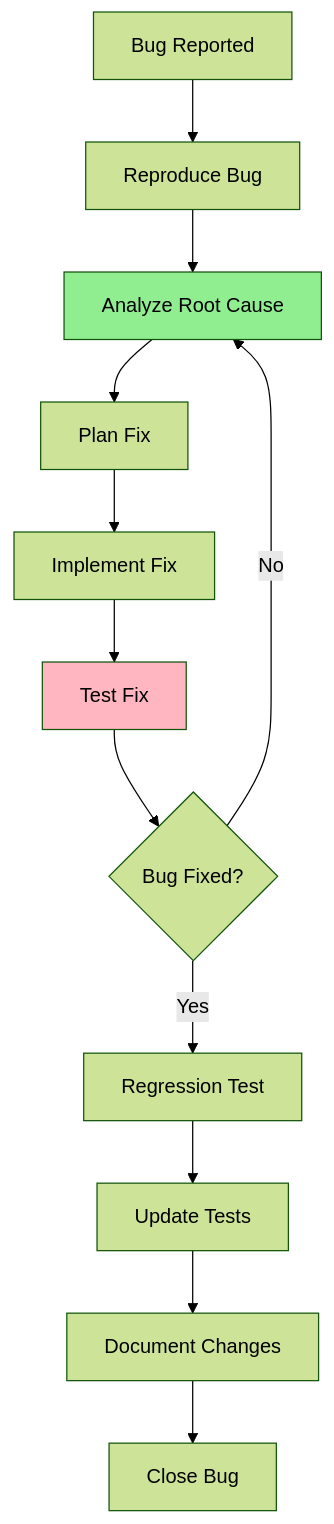
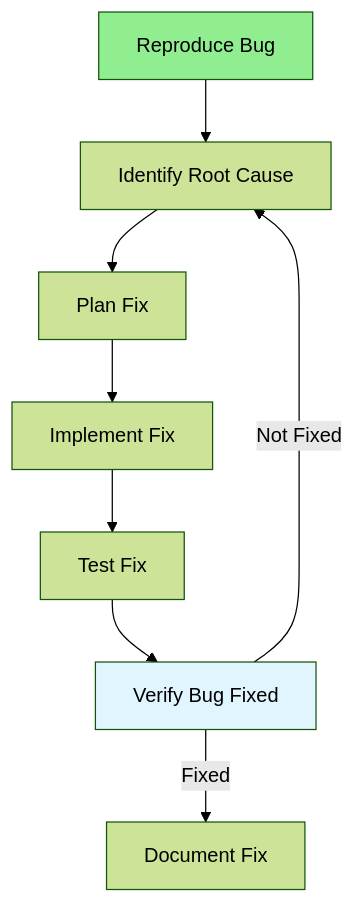
One commit to iouthnamain/tech-note changed the diagram in Full-Stack-Guides/Group-07-Unit-Test-Debug/07.12_Bug_Fixing.md. Above: the diagram before and after it, drawn with Mermaid (forest theme). The commit also changed other lines of this file and 480 other files, not shown here.

````diff
--- a/Full-Stack-Guides/Group-07-Unit-Test-Debug/07.12_Bug_Fixing.md
+++ b/Full-Stack-Guides/Group-07-Unit-Test-Debug/07.12_Bug_Fixing.md
@@ -22,17 +22,13 @@
 ```mermaid
 flowchart TD
-    Bug[Bug Reported] --> Reproduce[Reproduce Bug]
-    Reproduce --> Analyze[Analyze Root Cause]
-    Analyze --> Plan[Plan Fix]
+    Reproduce[Reproduce Bug] --> Identify[Identify Root Cause]
+    Identify --> Plan[Plan Fix]
     Plan --> Implement[Implement Fix]
     Implement --> Test[Test Fix]
-    Test --> Works{Bug Fixed?}
-    Works -->|No| Analyze
-    Works -->|Yes| Regression[Regression Test]
-    Regression --> Update[Update Tests]
-    Update --> Document[Document Changes]
-    Document --> Close[Close Bug]
+    Test --> Verify[Verify Bug Fixed]
+    Verify -->|Not Fixed| Identify
+    Verify -->|Fixed| Document[Document Fix]
     
-    style Analyze fill:#90EE90
-    style Test fill:#FFB6C1
+    style Reproduce fill:#90EE90
+    style Verify fill:#e1f5ff
 ```
````
